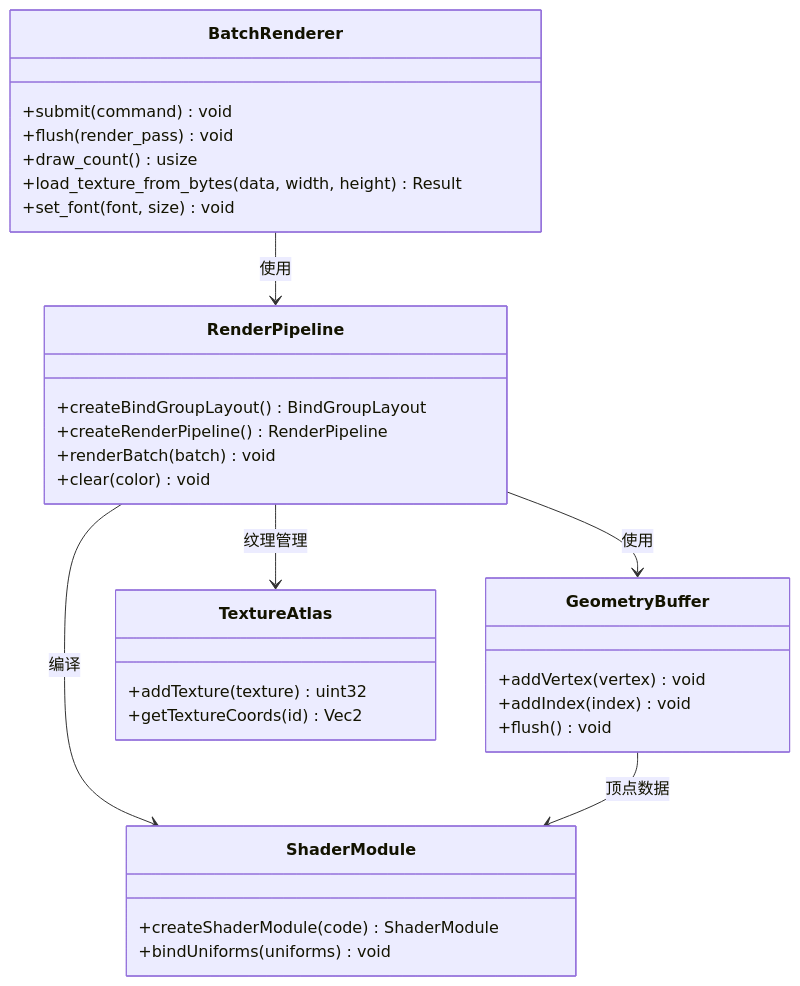
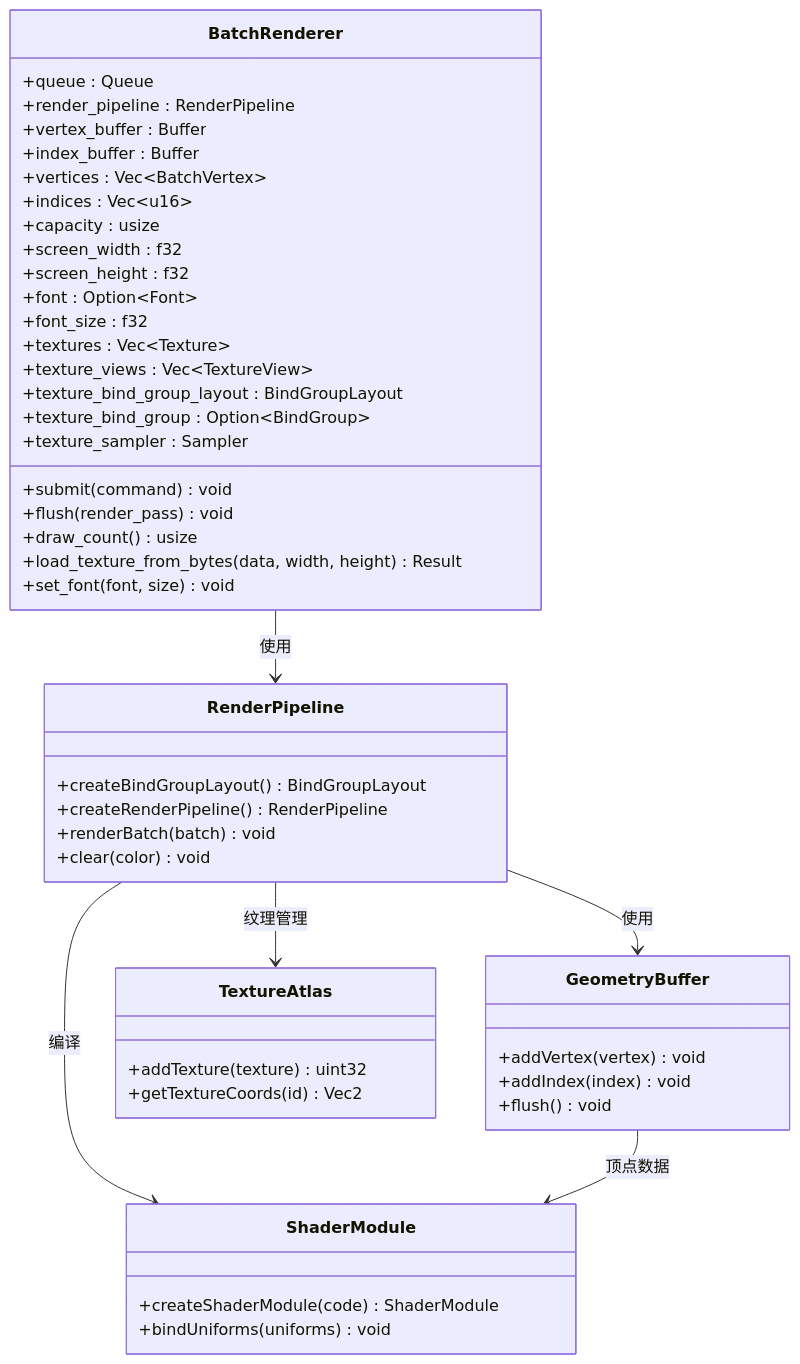
The third of 26 diagrams in .qoder/repowiki/zh/content/核心功能特性/自研浏览器级渲染能力.md (itszzl-sudo/iris), drawn with Mermaid before and after one commit. The commit also changed other lines of this file and 5 other files, not shown here.

````diff
--- a/.qoder/repowiki/zh/content/核心功能特性/自研浏览器级渲染能力.md
+++ b/.qoder/repowiki/zh/content/核心功能特性/自研浏览器级渲染能力.md
@@ -139,34 +142,50 @@
 ```mermaid
 classDiagram
 class RenderPipeline {
 +createBindGroupLayout() BindGroupLayout
 +createRenderPipeline() RenderPipeline
 +renderBatch(batch) void
 +clear(color) void
 }
 class GeometryBuffer {
 +addVertex(vertex) void
 +addIndex(index) void
 +flush() void
 }
 class ShaderModule {
 +createShaderModule(code) ShaderModule
 +bindUniforms(uniforms) void
 }
 class TextureAtlas {
 +addTexture(texture) uint32
 +getTextureCoords(id) Vec2
 }
 class BatchRenderer {
++queue : Queue
++render_pipeline : RenderPipeline
++vertex_buffer : Buffer
++index_buffer : Buffer
++vertices : Vec~BatchVertex~
++indices : Vec~u16~
++capacity : usize
++screen_width : f32
++screen_height : f32
++font : Option~Font~
++font_size : f32
++textures : Vec~Texture~
++texture_views : Vec~TextureView~
++texture_bind_group_layout : BindGroupLayout
++texture_bind_group : Option~BindGroup~
++texture_sampler : Sampler
 +submit(command) void
 +flush(render_pass) void
 +draw_count() usize
 +load_texture_from_bytes(data, width, height) Result
 +set_font(font, size) void
 }
 RenderPipeline --> GeometryBuffer : 使用
 RenderPipeline --> ShaderModule : 编译
 RenderPipeline --> TextureAtlas : 纹理管理
 BatchRenderer --> RenderPipeline : 使用
 GeometryBuffer --> ShaderModule : 顶点数据
 ```
````
